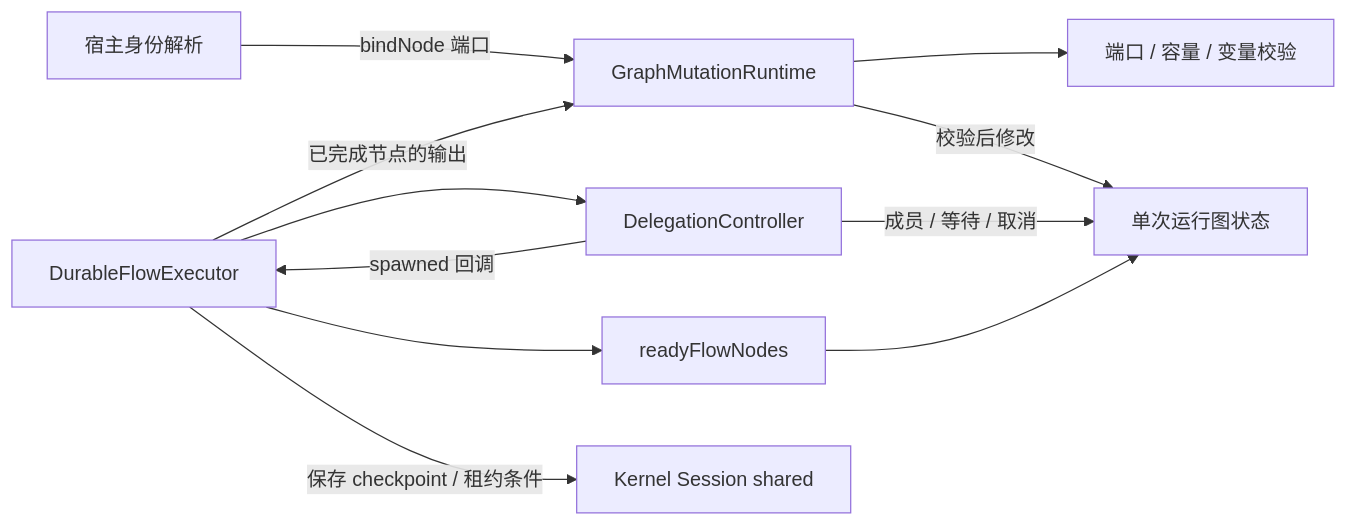
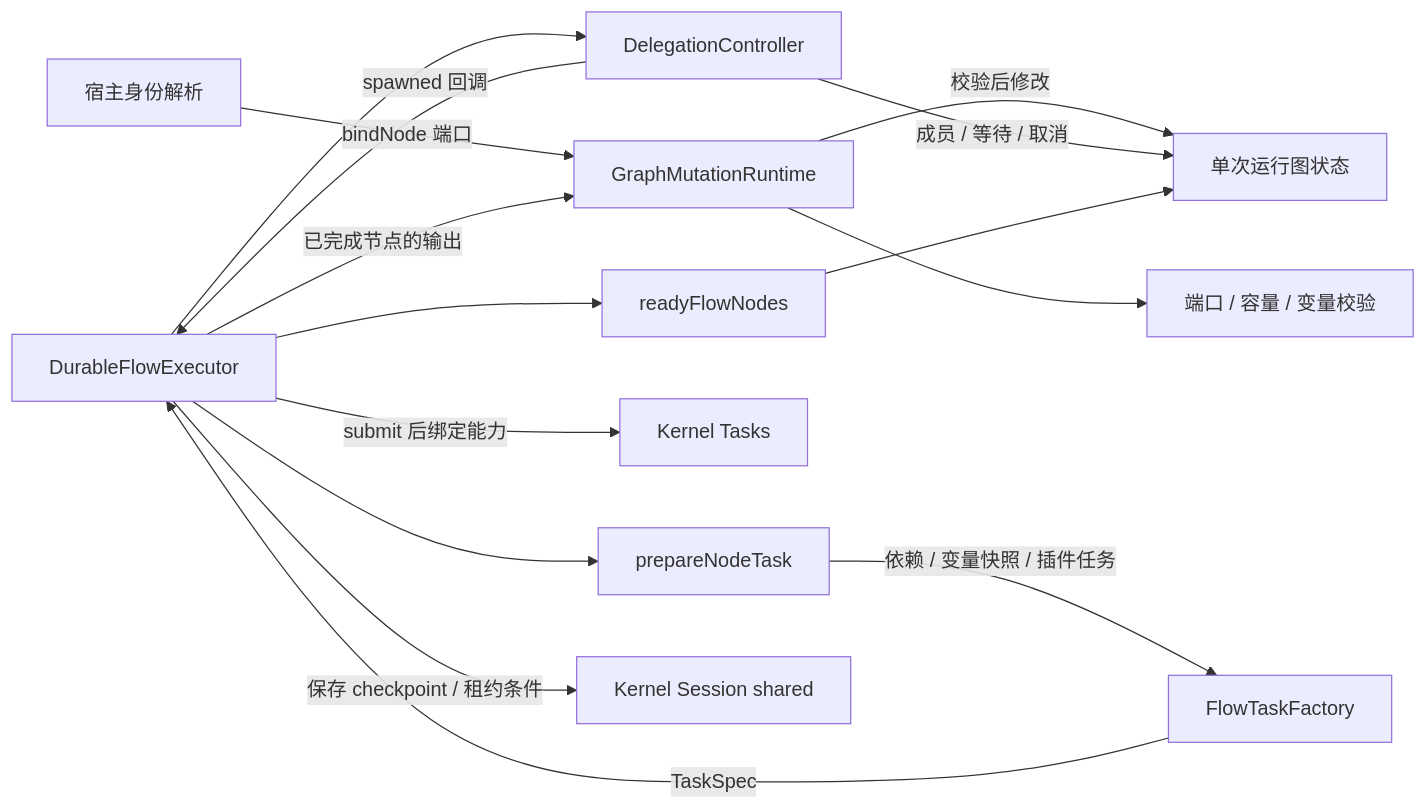
The diagram in doc/llm-flow-api.md (mushuanli/itookit), drawn with Mermaid before and after one commit. The commit also changed other lines of this file and 5 other files, not shown here.

Commit message:
refactor(llm-flow): separate node preparation and task request construction

````diff
--- a/doc/llm-flow-api.md
+++ b/doc/llm-flow-api.md
@@ -221,13 +221,17 @@
 ```mermaid
 flowchart LR
     Host[宿主身份解析] -->|bindNode 端口| Mutation[GraphMutationRuntime]
     Scheduler[DurableFlowExecutor] -->|已完成节点的输出| Mutation
     Mutation -->|校验后修改| State[单次运行图状态]
     Mutation --> Validation[端口 / 容量 / 变量校验]
     Scheduler --> Delegation[DelegationController]
     Delegation -->|成员 / 等待 / 取消| State
     Delegation -->|spawned 回调| Scheduler
+    Scheduler --> Preparation[prepareNodeTask]
+    Preparation -->|依赖 / 变量快照 / 插件任务| Factory[FlowTaskFactory]
+    Factory -->|TaskSpec| Scheduler
+    Scheduler -->|submit 后绑定能力| Tasks[Kernel Tasks]
     Scheduler --> Readiness[readyFlowNodes]
     Readiness --> State
     Scheduler -->|保存 checkpoint / 租约条件| Store[Kernel Session shared]
 ```
````
